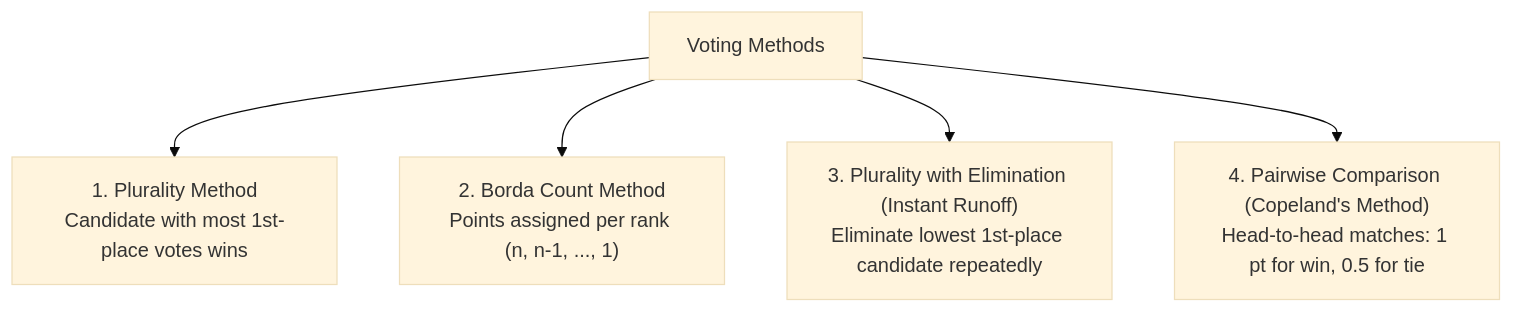
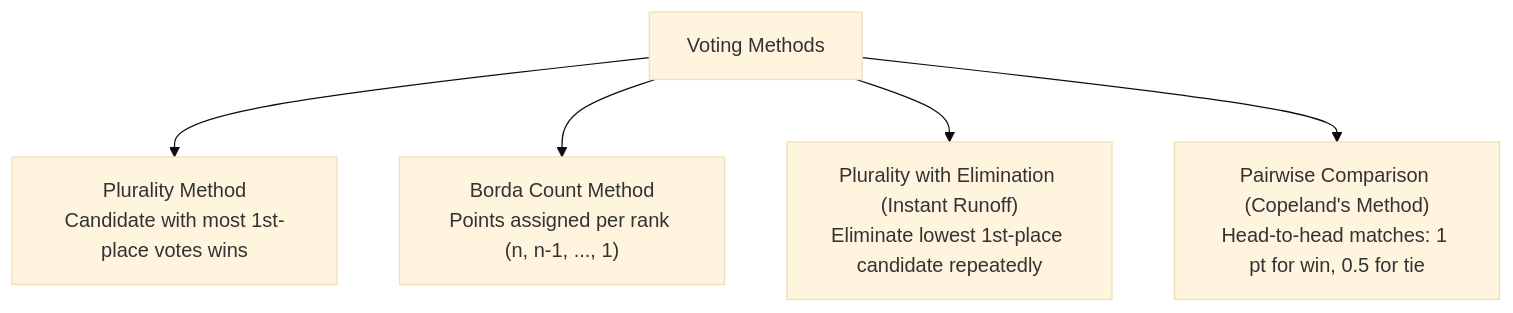
One commit to aidocmr/learn-bscs changed the first of 2 diagrams in content/Year 1/Mathematics in the Modern World/10. Voting Methods and Apportionment.md. Above: the diagram before and after it, drawn with Mermaid (base theme). The commit also changed other lines of this file and 20 other files, not shown here.

First line of the commit message:
fix: Remove markdown lists and numbered prefixes from all Mermaid diagrams

````diff
--- a/content/Year 1/Mathematics in the Modern World/10. Voting Methods and Apportionment.md
+++ b/content/Year 1/Mathematics in the Modern World/10. Voting Methods and Apportionment.md
@@ -10,7 +10,7 @@
 ```mermaid
 graph TD
-    Voting["Voting Methods"] --> Plur["1. Plurality Method<br/>Candidate with most 1st-place votes wins"]
-    Voting --> Borda["2. Borda Count Method<br/>Points assigned per rank (n, n-1, ..., 1)"]
-    Voting --> Elim["3. Plurality with Elimination (Instant Runoff)<br/>Eliminate lowest 1st-place candidate repeatedly"]
-    Voting --> Pair["4. Pairwise Comparison (Copeland's Method)<br/>Head-to-head matches: 1 pt for win, 0.5 for tie"]
+    Voting["Voting Methods"] --> Plur["Plurality Method<br/>Candidate with most 1st-place votes wins"]
+    Voting --> Borda["Borda Count Method<br/>Points assigned per rank (n, n-1, ..., 1)"]
+    Voting --> Elim["Plurality with Elimination (Instant Runoff)<br/>Eliminate lowest 1st-place candidate repeatedly"]
+    Voting --> Pair["Pairwise Comparison (Copeland's Method)<br/>Head-to-head matches: 1 pt for win, 0.5 for tie"]
 ```
````
